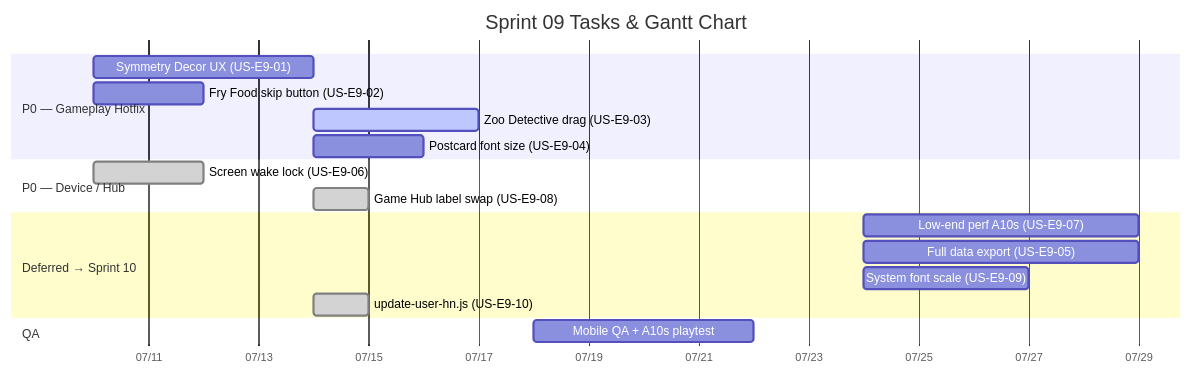
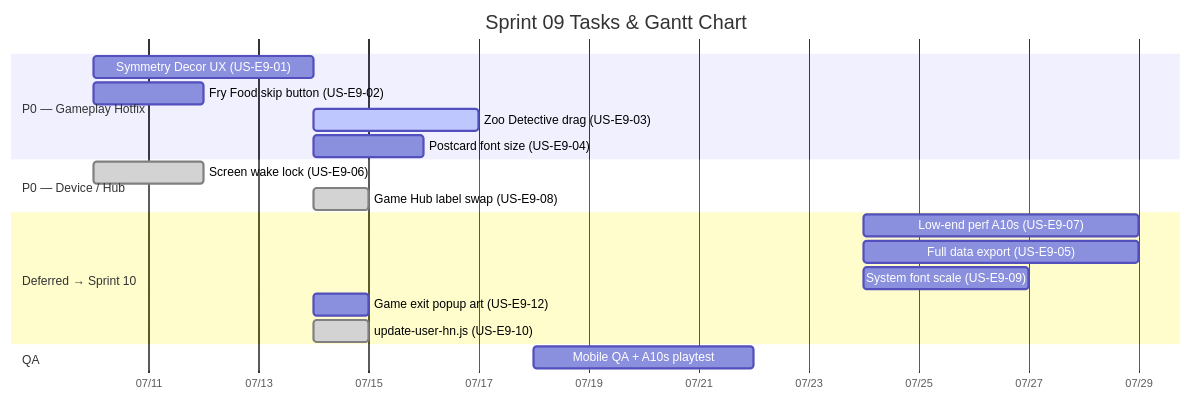
The diagram in docs/agile/sprint-backlogs/sprint-09.md (ChayutChanmueang/mci-cognitive-game-hub-dev-deploy), drawn with Mermaid before and after one commit. The commit also changed other lines of this file and 8 other files, not shown here.

Commit message:
docs: add user story US-E9-12 for game exit popup layout alignment; update changelog and kanban for Sprint 09

````diff
--- a/docs/agile/sprint-backlogs/sprint-09.md
+++ b/docs/agile/sprint-backlogs/sprint-09.md
@@ -11,21 +11,22 @@
 ```mermaid
 gantt
     title Sprint 09 Tasks & Gantt Chart
     dateFormat  YYYY-MM-DD
     axisFormat  %m/%d
     section P0 — Gameplay Hotfix
     Symmetry Decor UX (US-E9-01)     :t1, 2026-07-10, 4d
     Fry Food skip button (US-E9-02)  :t2, 2026-07-10, 2d
     Zoo Detective drag (US-E9-03)    :active, t3, 2026-07-14, 3d
     Postcard font size (US-E9-04)    :t4, 2026-07-14, 2d
     section P0 — Device / Hub
     Screen wake lock (US-E9-06)      :done, t6, 2026-07-10, 2d
     Game Hub label swap (US-E9-08)   :done, t8, 2026-07-14, 1d
     section Deferred → Sprint 10
     Low-end perf A10s (US-E9-07)     :t7, 2026-07-24, 5d
     Full data export (US-E9-05)      :t5, 2026-07-24, 5d
     System font scale (US-E9-09)     :t9, 2026-07-24, 3d
+    Game exit popup art (US-E9-12)   :t12, 2026-07-14, 1d
     update-user-hn.js (US-E9-10)     :done, t11, 2026-07-14, 1d
     section QA
     Mobile QA + A10s playtest      :q1, 2026-07-18, 4d
 ```
````
